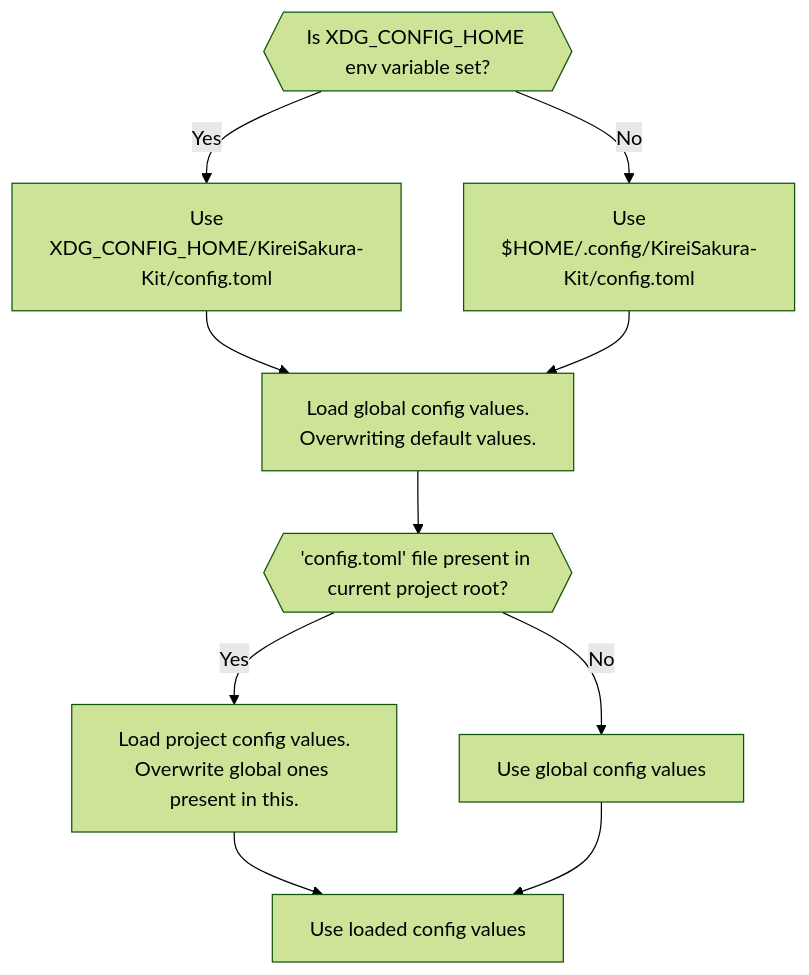
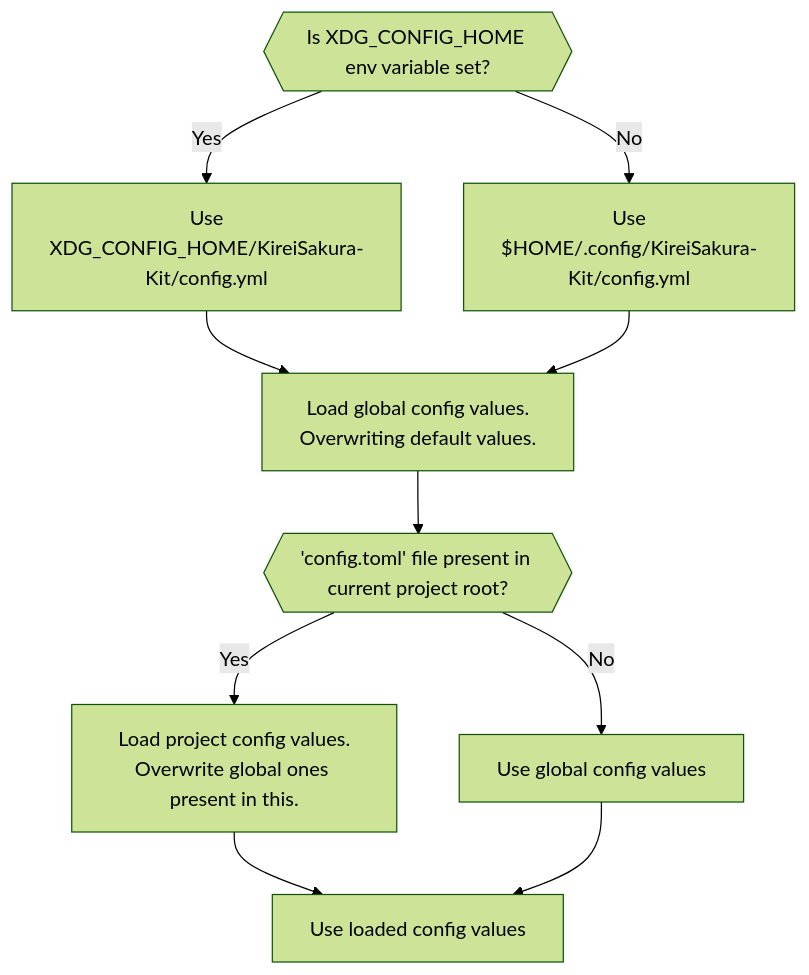
Before and after one commit to soymadip/KireiSakura-Kit: the diagram in docs/docs/config/index.md, drawn with Mermaid (forest theme). The commit also changed other lines of this file, not shown here.

````diff
--- a/docs/docs/config/index.md
+++ b/docs/docs/config/index.md
@@ -46,14 +46,14 @@
 ```mermaid
 
 graph TD
     B{{Is XDG_CONFIG_HOME env variable set?}}
-    B -- Yes --> C[Use<br>XDG_CONFIG_HOME/KireiSakura-Kit/config.toml]
-    B -- No --> D[Use<br>$HOME/.config/KireiSakura-Kit/config.toml]
+    B -- Yes --> C[Use<br>XDG_CONFIG_HOME/KireiSakura-Kit/config.yml]
+    B -- No --> D[Use<br>$HOME/.config/KireiSakura-Kit/config.yml]
     C --> E[Load global config values.<br>Overwriting default values.]
     D --> E
     E --> F{{'config.toml' file present in current project root?}}
     F -- Yes --> G[Load project config values.<br>Overwrite global ones present in this.]
     F -- No --> H[Use global config values]
     G --> I[Use loaded config values]
     H --> I
 ```
````
